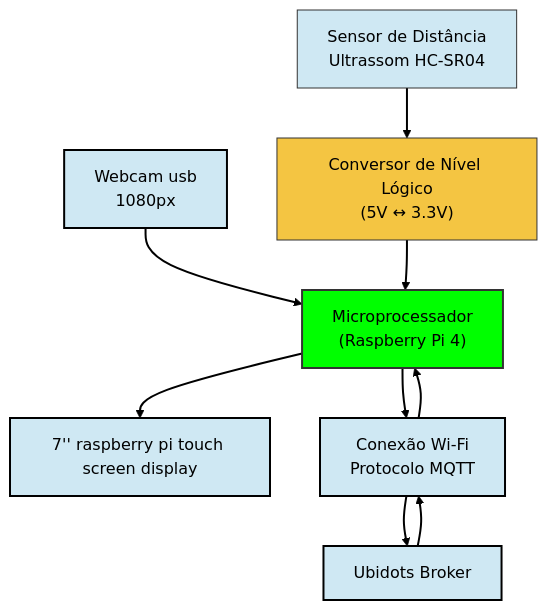
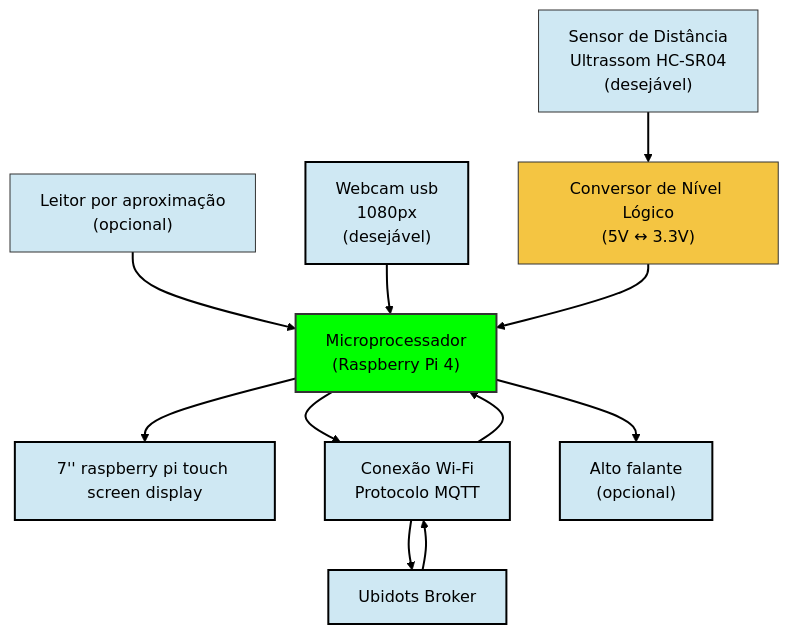
The diagram in README.md (Ilan-Ha/EEN251_Projeto_T2_T3), drawn with Mermaid (forest theme) before and after one commit. The commit also changed other lines of this file, not shown here.

````diff
--- a/README.md
+++ b/README.md
@@ -47,32 +51,36 @@
 ```mermaid
 flowchart TD
     MCU["Microprocessador<br/>(Raspberry Pi 4)"]
     TOUC["7'' raspberry pi touch screen display"]
     LEVEL1["Conversor de Nível Lógico<br/>(5V ↔ 3.3V)"]
-    US["Sensor de Distância<br/>Ultrassom HC-SR04"]
-    CAM["Webcam usb<br/>1080px"]
+    US["Sensor de Distância<br/>Ultrassom HC-SR04<br/>(desejável)"]
+    CAM["Webcam usb<br/>1080px<br/>(desejável)"]
     MQTT["Conexão Wi-Fi<br/>Protocolo MQTT"]
     DOT["Ubidots Broker"]
+    SOM["Alto falante<br/>(opcional)"]
+    LET["Leitor por aproximação<br/>(opcional)"]
 
+    LET --> MCU
+    MCU --> SOM
     MCU --> TOUC
     CAM --> MCU
     US --> LEVEL1
     LEVEL1 --> MCU
     MCU --> MQTT
     MQTT --> MCU
     MQTT --> DOT
     DOT --> MQTT
 
     %% Optional styling
     classDef sensor fill:#cfe8f3,stroke:#333,stroke-width:1px;
     classDef converter fill:#f4c542,stroke:#333,stroke-width:1px;
     classDef controller fill:#00ff00,stroke:#333,stroke-width:2px;
 
     class MCU controller;
-    class US sensor;
+    class US,LET sensor;
     class LEVEL1 converter;
     classDef default fill:#cfe8f3,color:#000,stroke:#000,stroke-width:2px;
 
     linkStyle default stroke:#000,stroke-width:2px;
 
 ```
````
